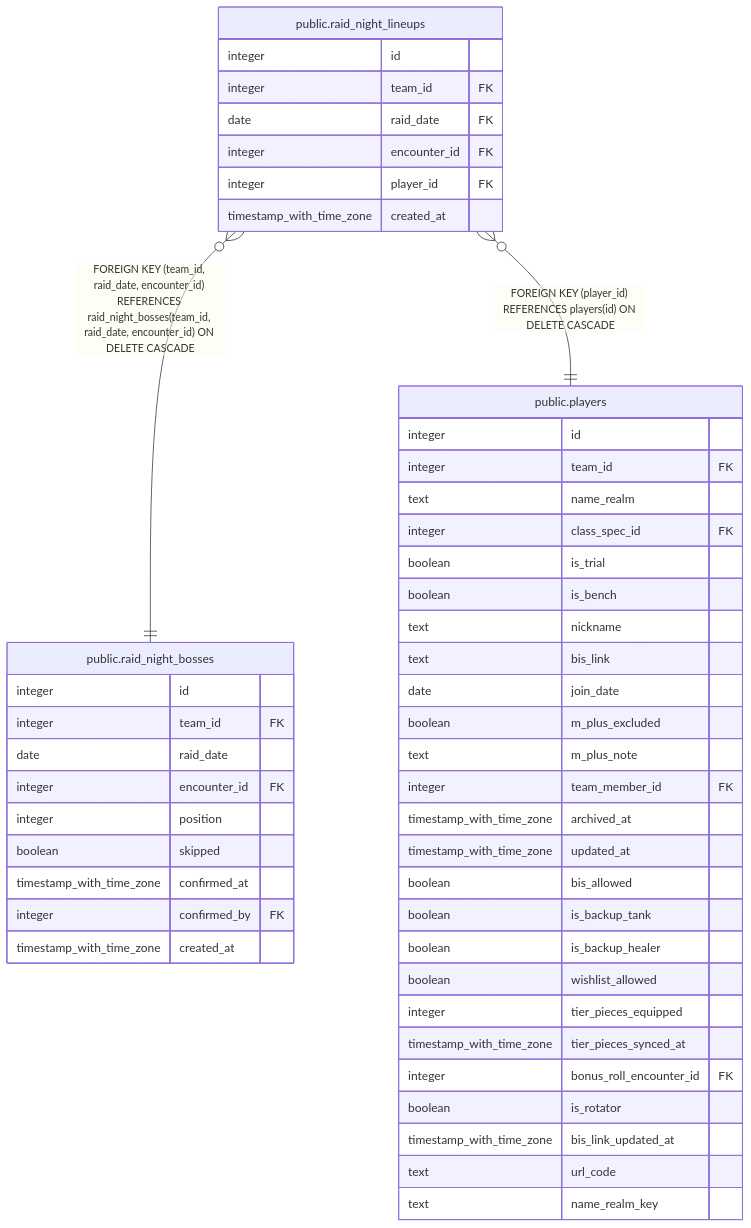
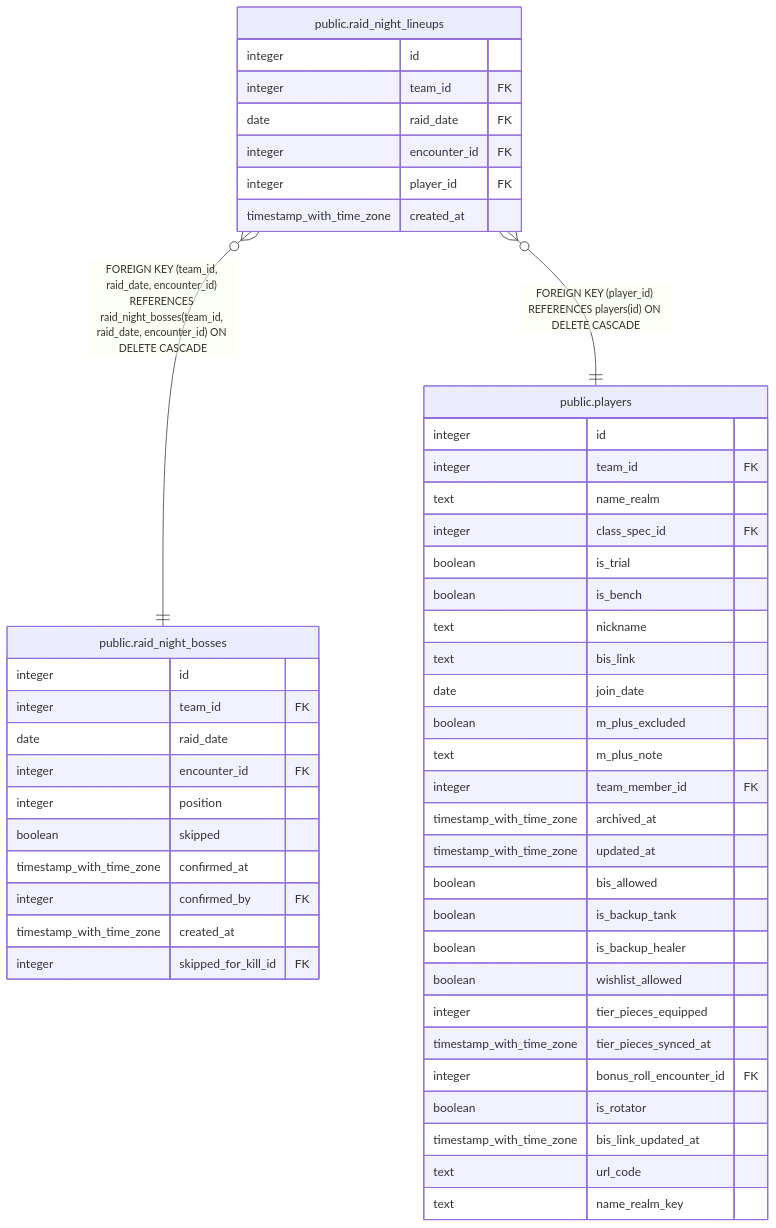
One commit to katogaming88/WGA-Raid-Hub changed the diagram in dbdoc/public.raid_night_lineups.md. Above: the diagram before and after it, drawn with Mermaid. The commit also changed 34 other files, not shown here.

````diff
--- a/dbdoc/public.raid_night_lineups.md
+++ b/dbdoc/public.raid_night_lineups.md
@@ -43,53 +43,54 @@
 ```mermaid
 erDiagram
 
 "public.raid_night_lineups" }o--|| "public.raid_night_bosses" : "FOREIGN KEY (team_id, raid_date, encounter_id) REFERENCES raid_night_bosses(team_id, raid_date, encounter_id) ON DELETE CASCADE"
 "public.raid_night_lineups" }o--|| "public.players" : "FOREIGN KEY (player_id) REFERENCES players(id) ON DELETE CASCADE"
 
 "public.raid_night_lineups" {
   integer id
   integer team_id FK
   date raid_date FK
   integer encounter_id FK
   integer player_id FK
   timestamp_with_time_zone created_at
 }
 "public.raid_night_bosses" {
   integer id
   integer team_id FK
   date raid_date
   integer encounter_id FK
   integer position
   boolean skipped
   timestamp_with_time_zone confirmed_at
   integer confirmed_by FK
   timestamp_with_time_zone created_at
+  integer skipped_for_kill_id FK
 }
 "public.players" {
   integer id
   integer team_id FK
   text name_realm
   integer class_spec_id FK
   boolean is_trial
   boolean is_bench
   text nickname
   text bis_link
   date join_date
   boolean m_plus_excluded
   text m_plus_note
   integer team_member_id FK
   timestamp_with_time_zone archived_at
   timestamp_with_time_zone updated_at
   boolean bis_allowed
   boolean is_backup_tank
   boolean is_backup_healer
   boolean wishlist_allowed
   integer tier_pieces_equipped
   timestamp_with_time_zone tier_pieces_synced_at
   integer bonus_roll_encounter_id FK
   boolean is_rotator
   timestamp_with_time_zone bis_link_updated_at
   text url_code
   text name_realm_key
 }
 ```
````
